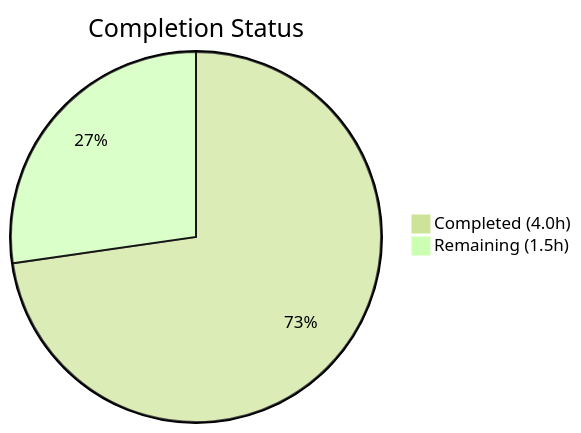
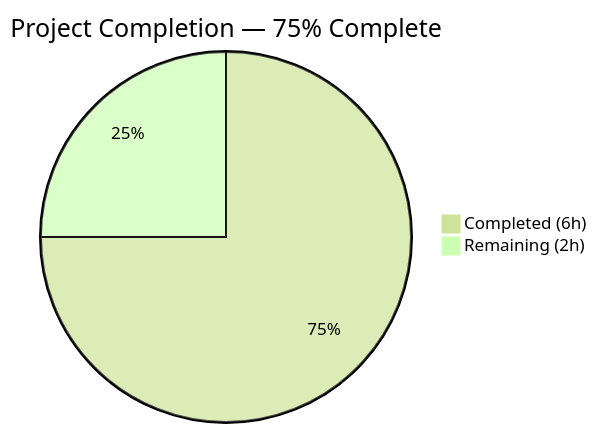
One commit to Sandeep03Kumar/01-Existing-product-03-March changed the first of 3 diagrams in blitzy/documentation/Project Guide.md. Above: the diagram before and after it, drawn with Mermaid (forest theme). The commit also changed other lines of this file, not shown here.

Commit message:
Adding Blitzy Project Guide: Project Status and Human Tasks Remaining

````diff
--- a/blitzy/documentation/Project Guide.md
+++ b/blitzy/documentation/Project Guide.md
@@ -13,5 +13,5 @@
 ```mermaid
-pie title Completion Status
-    "Completed (4.0h)" : 4.0
-    "Remaining (1.5h)" : 1.5
+pie title Project Completion — 75% Complete
+    "Completed (6h)" : 6
+    "Remaining (2h)" : 2
 ```
````
